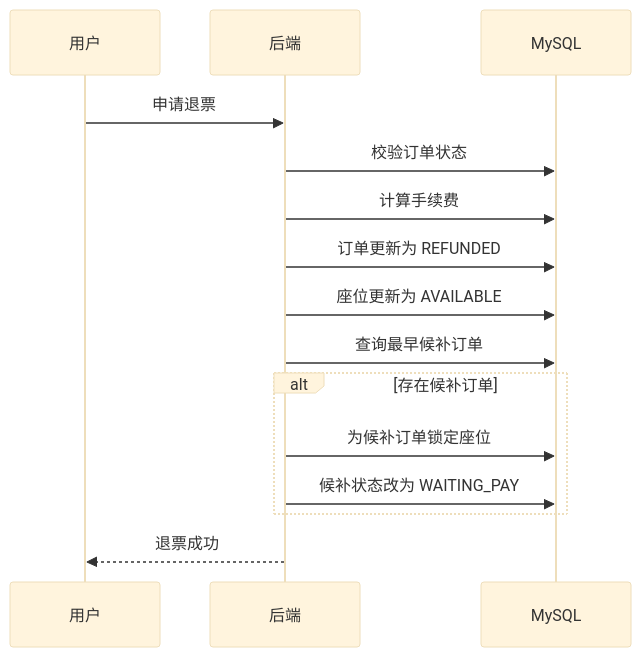
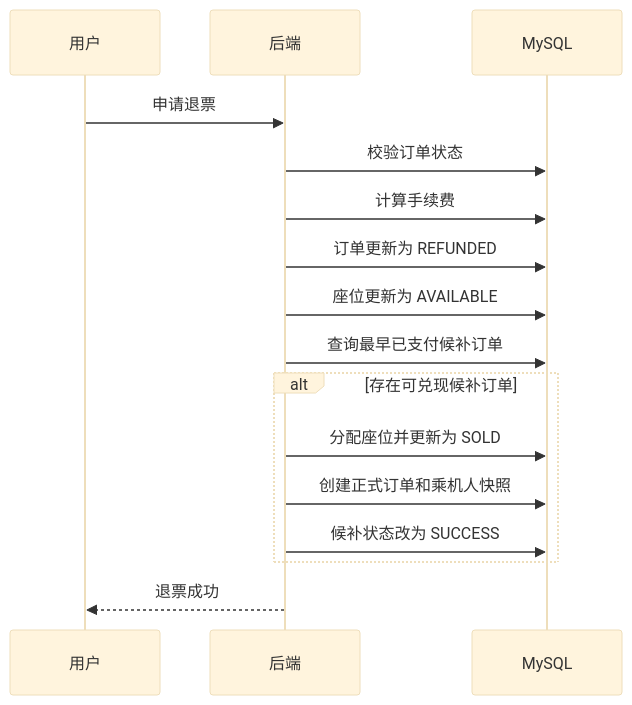
The third of 4 diagrams in docs/04_ARCHITECTURE.md (yunluoxincheng/skybooker-flight), drawn with Mermaid (base theme) before and after one commit. The commit also changed 11 other files, not shown here.

Commit message:
docs: revise waitlist prepaid flow

````diff
--- a/docs/04_ARCHITECTURE.md
+++ b/docs/04_ARCHITECTURE.md
@@ -91,18 +91,19 @@
 ```mermaid
 sequenceDiagram
     participant U as 用户
     participant B as 后端
     participant DB as MySQL
 
     U->>B: 申请退票
     B->>DB: 校验订单状态
     B->>DB: 计算手续费
     B->>DB: 订单更新为 REFUNDED
     B->>DB: 座位更新为 AVAILABLE
-    B->>DB: 查询最早候补订单
-    alt 存在候补订单
-        B->>DB: 为候补订单锁定座位
-        B->>DB: 候补状态改为 WAITING_PAY
+    B->>DB: 查询最早已支付候补订单
+    alt 存在可兑现候补订单
+        B->>DB: 分配座位并更新为 SOLD
+        B->>DB: 创建正式订单和乘机人快照
+        B->>DB: 候补状态改为 SUCCESS
     end
     B-->>U: 退票成功
 ```
````
